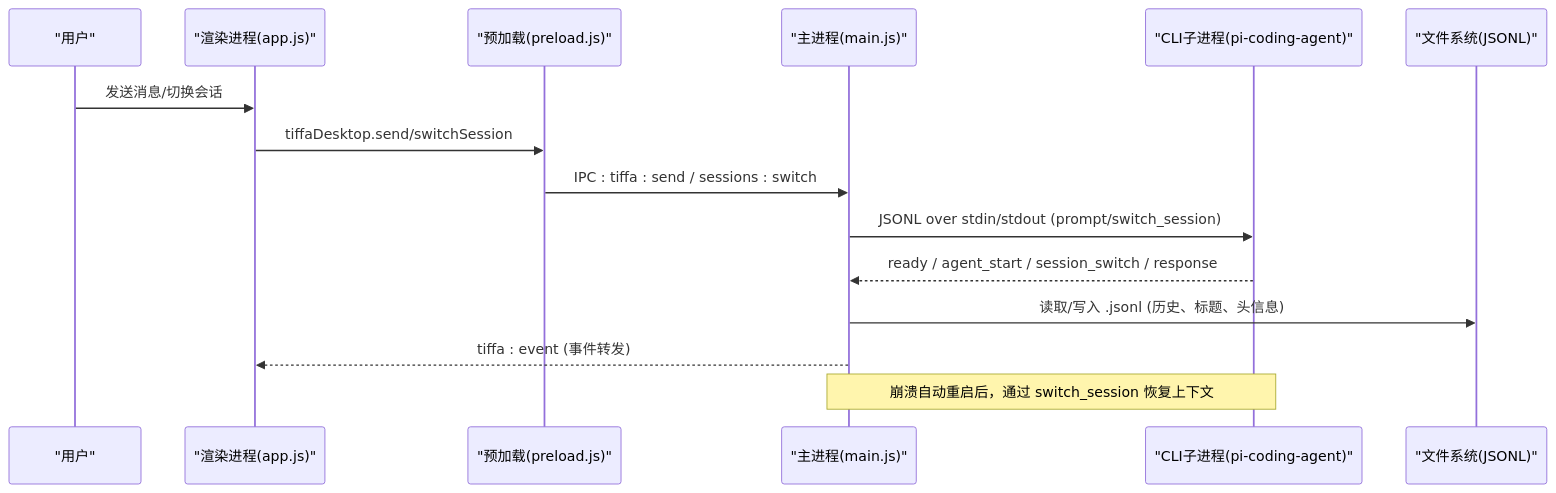
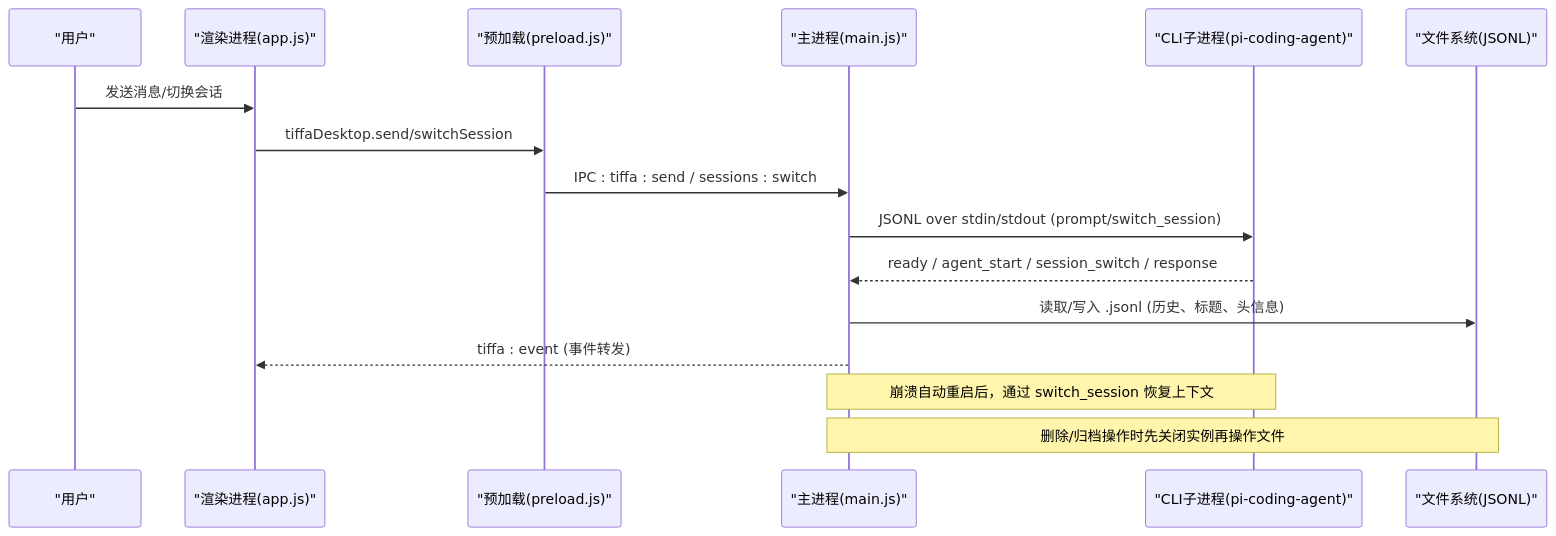
Before and after one commit to swond-Mao/Tiffa: the second of 8 diagrams in .qoder/repowiki/zh/content/核心架构/会话管理与上下文恢复.md, drawn with Mermaid. The commit also changed other lines of this file and 18 other files, not shown here.

````diff
--- a/.qoder/repowiki/zh/content/核心架构/会话管理与上下文恢复.md
+++ b/.qoder/repowiki/zh/content/核心架构/会话管理与上下文恢复.md
@@ -75,17 +87,18 @@
 ```mermaid
 sequenceDiagram
 participant U as "用户"
 participant R as "渲染进程(app.js)"
 participant P as "预加载(preload.js)"
 participant M as "主进程(main.js)"
 participant C as "CLI子进程(pi-coding-agent)"
 participant F as "文件系统(JSONL)"
 U->>R : 发送消息/切换会话
 R->>P : tiffaDesktop.send/switchSession
 P->>M : IPC : tiffa : send / sessions : switch
 M->>C : JSONL over stdin/stdout (prompt/switch_session)
 C-->>M : ready / agent_start / session_switch / response
 M->>F : 读取/写入 .jsonl (历史、标题、头信息)
 M-->>R : tiffa : event (事件转发)
 Note over M,C : 崩溃自动重启后，通过 switch_session 恢复上下文
+Note over M,F : 删除/归档操作时先关闭实例再操作文件
 ```
````
